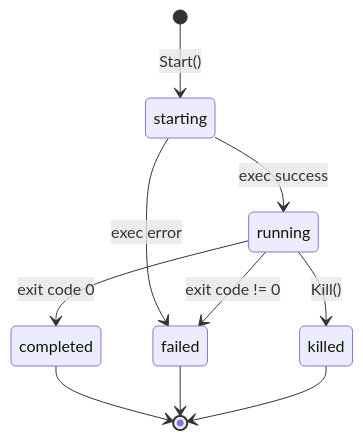
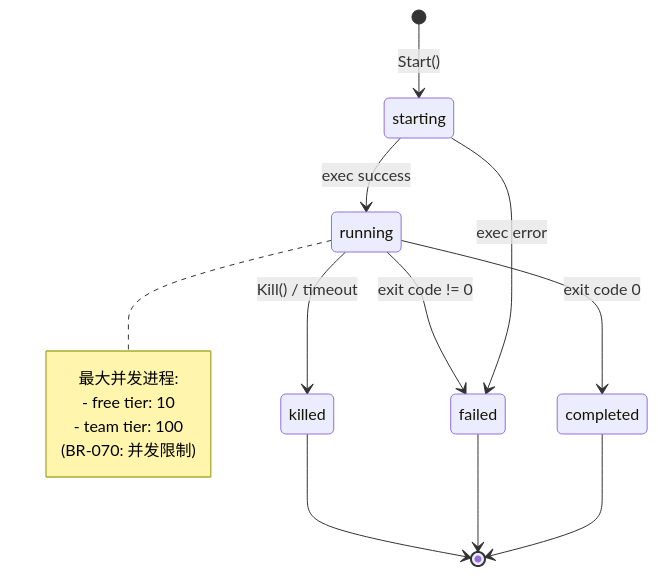
The second of 3 diagrams in docs/design/L4.2-state-diagram.md (jackzhang1314/AdNegator), drawn with Mermaid before and after one commit. The commit also changed other lines of this file, not shown here.

````diff
--- a/docs/design/L4.2-state-diagram.md
+++ b/docs/design/L4.2-state-diagram.md
@@ -93,14 +370,21 @@
 ```mermaid
 stateDiagram-v2
     [*] --> starting: Start()
     starting --> running: exec success
     starting --> failed: exec error
 
     running --> completed: exit code 0
     running --> failed: exit code != 0
-    running --> killed: Kill()
+    running --> killed: Kill() / timeout
 
     completed --> [*]
     failed --> [*]
     killed --> [*]
+
+    note right of running
+        最大并发进程:
+        - free tier: 10
+        - team tier: 100
+        (BR-070: 并发限制)
+    end note
 ```
````
